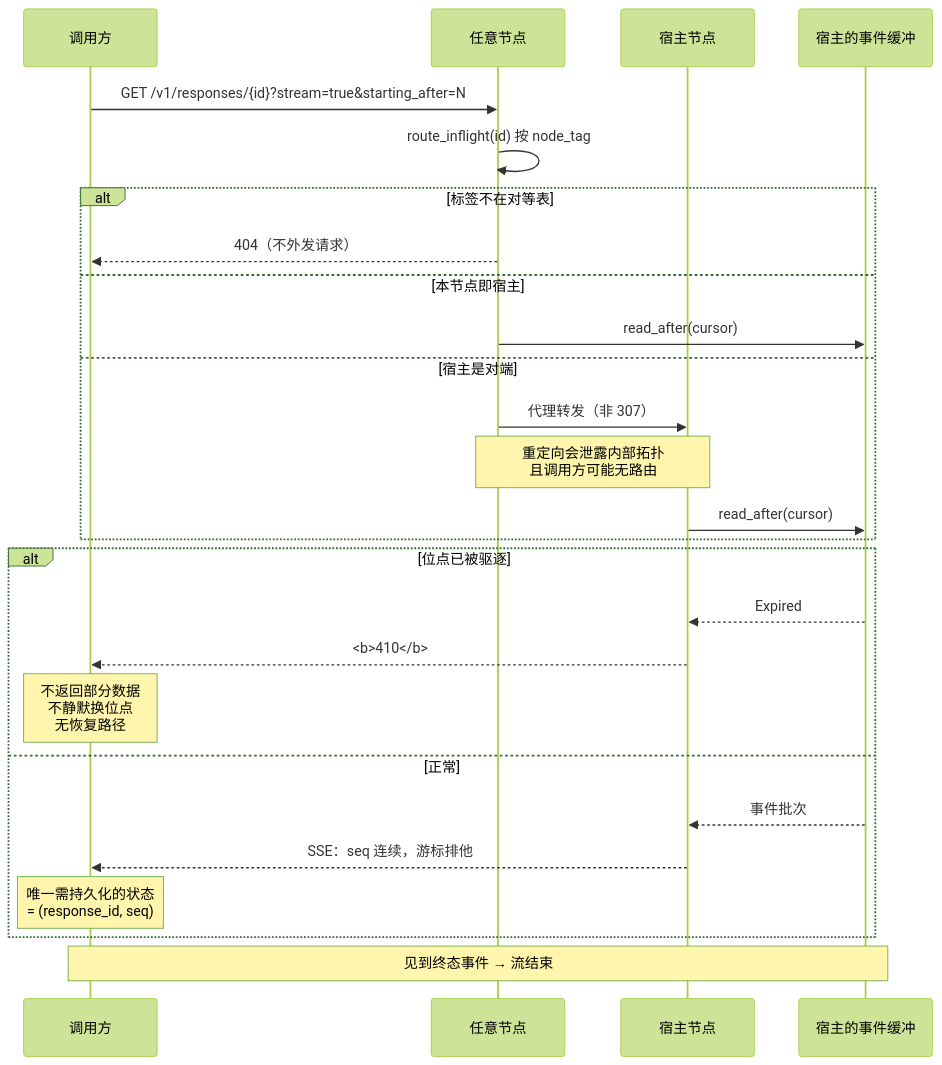
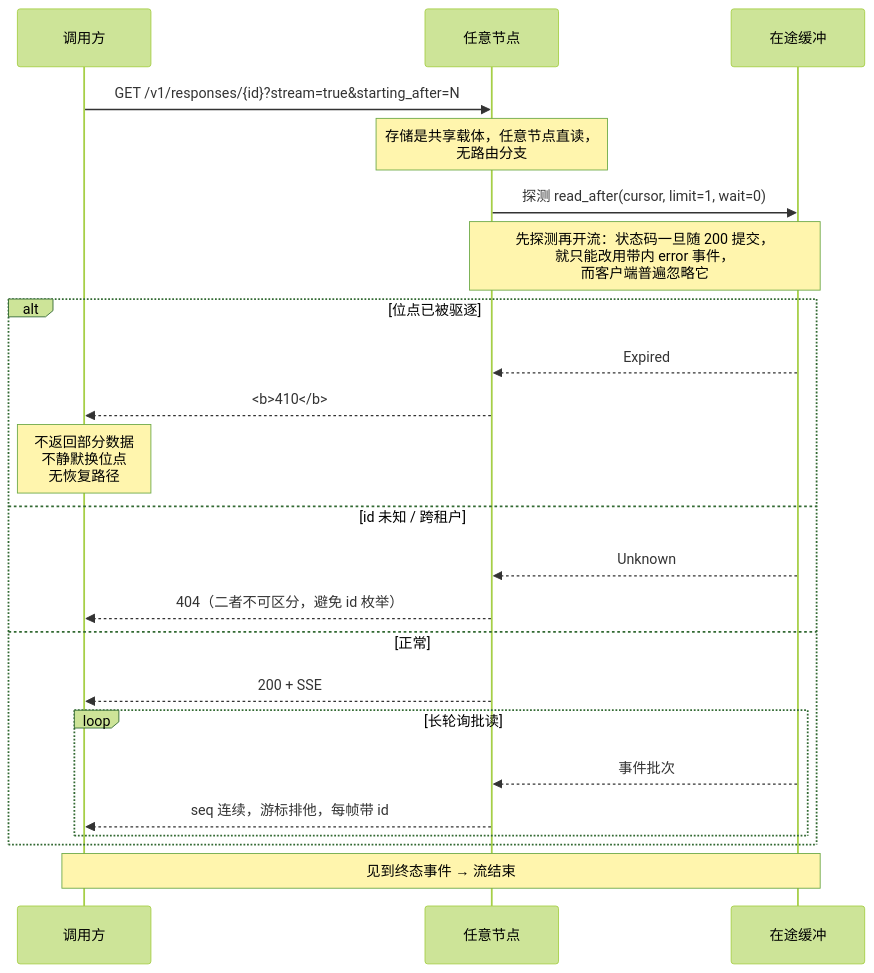
One commit to charleslyh/nova-chat changed the seventh of 9 diagrams in docs/design/00-architecture-review.md. Above: the diagram before and after it, drawn with Mermaid (forest theme). The commit also changed other lines of this file and 91 other files, not shown here.

````diff
--- a/docs/design/00-architecture-review.md
+++ b/docs/design/00-architecture-review.md
@@ -505,32 +530,29 @@
 ```mermaid
 sequenceDiagram
     participant C as 调用方
     participant N as 任意节点
-    participant H as 宿主节点
-    participant E as 宿主的事件缓冲
+    participant B as 在途缓冲
 
     C->>N: GET /v1/responses/{id}?stream=true&starting_after=N
-    N->>N: route_inflight(id) 按 node_tag
+    Note over N: 存储是共享载体，任意节点直读，<br/>无路由分支
 
-    alt 标签不在对等表
-        N-->>C: 404（不外发请求）
-    else 本节点即宿主
-        N->>E: read_after(cursor)
-    else 宿主是对端
-        N->>H: 代理转发（非 307）
-        Note over N,H: 重定向会泄露内部拓扑<br/>且调用方可能无路由
-        H->>E: read_after(cursor)
+    N->>B: 探测 read_after(cursor, limit=1, wait=0)
+    Note over N,B: 先探测再开流：状态码一旦随 200 提交，<br/>就只能改用带内 error 事件，<br/>而客户端普遍忽略它
+
+    alt 位点已被驱逐
+        B-->>N: Expired
+        N-->>C: <b>410</b>
+        Note over C: 不返回部分数据<br/>不静默换位点<br/>无恢复路径
+    else id 未知 / 跨租户
+        B-->>N: Unknown
+        N-->>C: 404（二者不可区分，避免 id 枚举）
+    else 正常
+        N-->>C: 200 + SSE
+        loop 长轮询批读
+            B-->>N: 事件批次
+            N-->>C: seq 连续，游标排他，每帧带 id
+        end
     end
 
-    alt 位点已被驱逐
-        E-->>H: Expired
-        H-->>C: <b>410</b>
-        Note over C: 不返回部分数据<br/>不静默换位点<br/>无恢复路径
-    else 正常
-        E-->>H: 事件批次
-        H-->>C: SSE：seq 连续，游标排他
-        Note over C: 唯一需持久化的状态<br/>= (response_id, seq)
-    end
-
-    Note over C,E: 见到终态事件 → 流结束
+    Note over C,B: 见到终态事件 → 流结束
 ```
````
